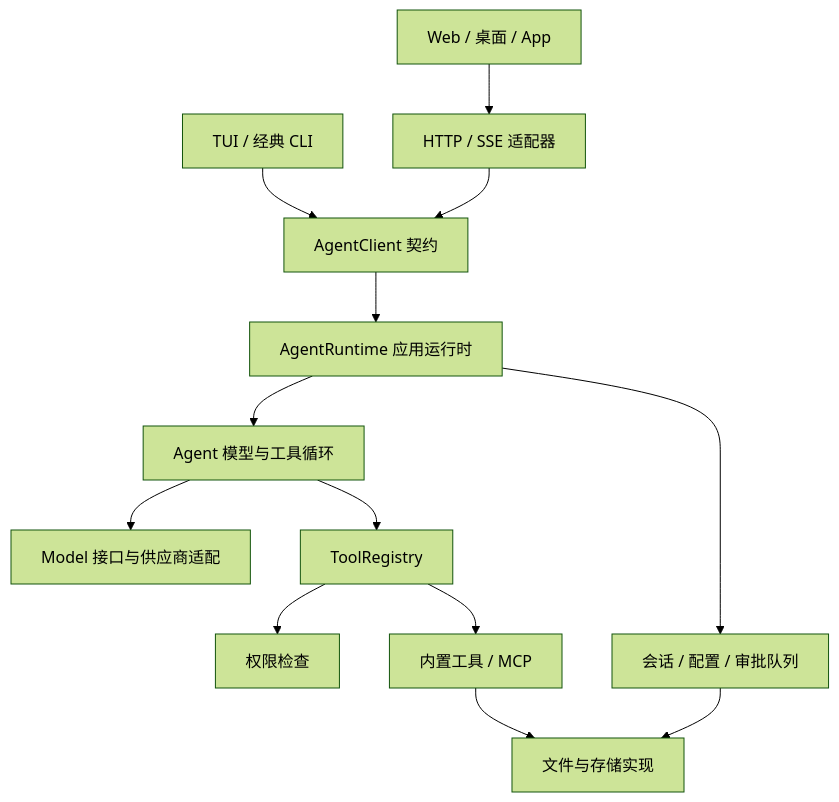
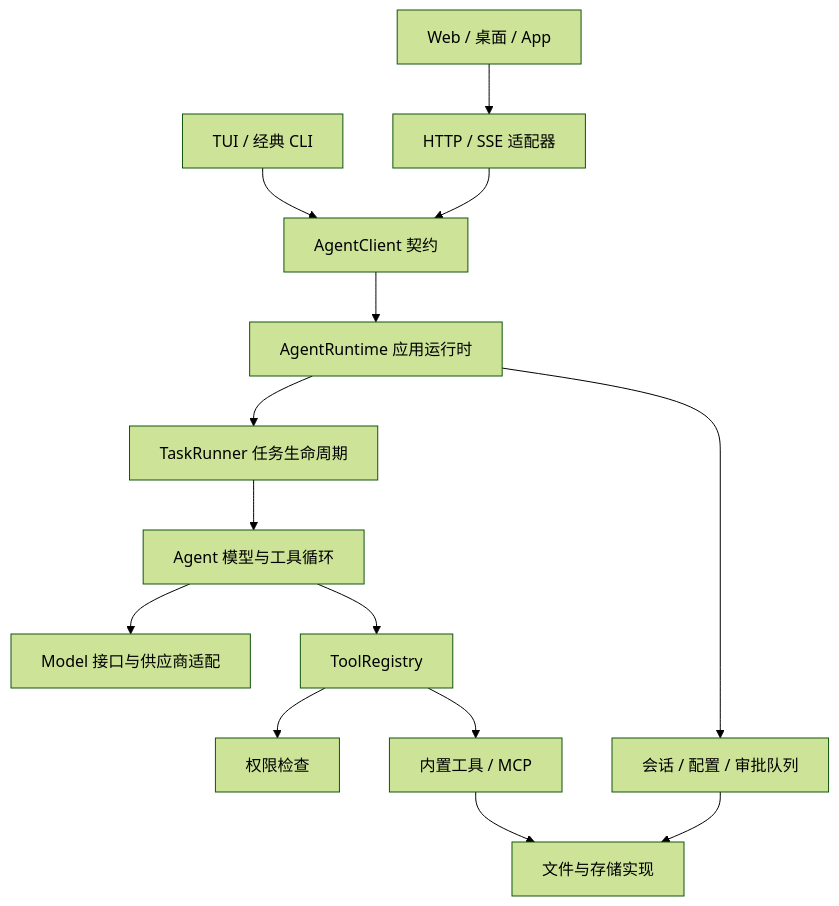
One commit to ab-jenniesen/mini-agnet changed the first of 2 diagrams in ARCHITECTURE.md. Above: the diagram before and after it, drawn with Mermaid (forest theme). The commit also changed other lines of this file and 41 other files, not shown here.

````diff
--- a/ARCHITECTURE.md
+++ b/ARCHITECTURE.md
@@ -7,15 +7,16 @@
 ```mermaid
 flowchart TD
   T[TUI / 经典 CLI] --> C[AgentClient 契约]
   W[Web / 桌面 / App] --> H[HTTP / SSE 适配器]
   H --> C
   C --> R[AgentRuntime 应用运行时]
-  R --> A[Agent 模型与工具循环]
+  R --> K[TaskRunner 任务生命周期]
+  K --> A[Agent 模型与工具循环]
   R --> S[会话 / 配置 / 审批队列]
   A --> M[Model 接口与供应商适配]
   A --> G[ToolRegistry]
   G --> P[权限检查]
   G --> U[内置工具 / MCP]
   S --> I[文件与存储实现]
   U --> I
 ```
````
